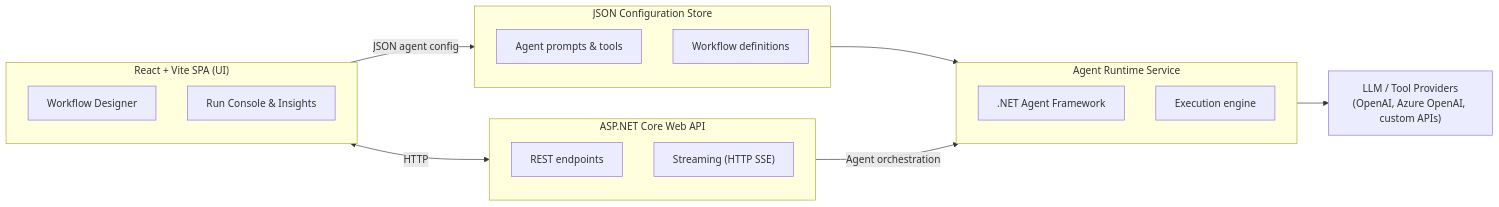
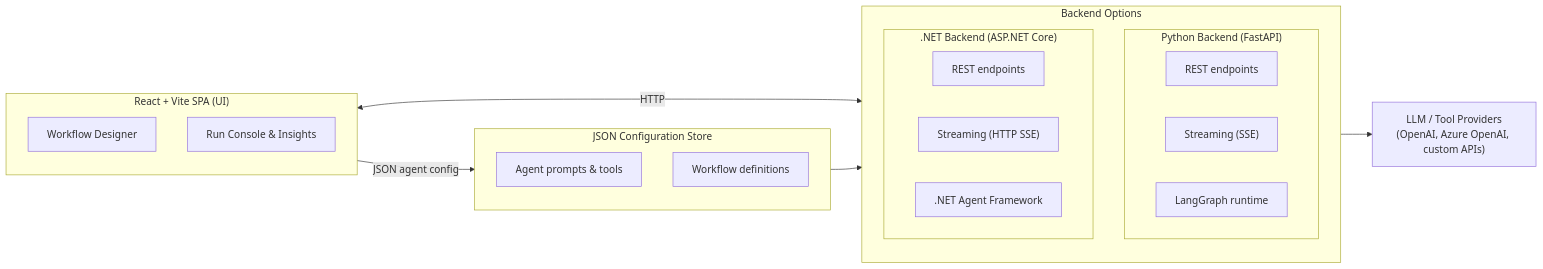
Before and after one commit to ilusoft/magic-agent: the diagram in README.md, drawn with Mermaid. The commit also changed other lines of this file and 1 other file, not shown here.

````diff
--- a/README.md
+++ b/README.md
@@ -7,30 +7,33 @@
 ```mermaid
 flowchart LR
     subgraph Frontend["React + Vite SPA (UI)"]
         A1["Workflow Designer"]
         A2["Run Console & Insights"]
     end
 
-    subgraph Backend["ASP.NET Core Web API"]
-        B1["REST endpoints"]
-        B2["Streaming (HTTP SSE)"]
+    subgraph Backends["Backend Options"]
+        direction TB
+        subgraph Python["Python Backend (FastAPI)"]
+            P1["REST endpoints"]
+            P2["Streaming (SSE)"]
+            P3["LangGraph runtime"]
+        end
+        subgraph DotNet[".NET Backend (ASP.NET Core)"]
+            D1["REST endpoints"]
+            D2["Streaming (HTTP SSE)"]
+            D3[".NET Agent Framework"]
+        end
     end
 
     subgraph Config["JSON Configuration Store"]
         C1["Agent prompts & tools"]
         C2["Workflow definitions"]
     end
 
-    subgraph Runtime["Agent Runtime Service"]
-        R1[".NET Agent Framework"]
-        R2["Execution engine"]
-    end
-
     Providers["LLM / Tool Providers\n(OpenAI, Azure OpenAI, custom APIs)"]
 
-    Frontend <--> |HTTP| Backend
+    Frontend <--> |HTTP| Backends
     Frontend --> |JSON agent config| Config
-    Config --> Runtime
-    Backend --> |Agent orchestration| Runtime
-    Runtime --> Providers
+    Config --> Backends
+    Backends --> Providers
 ```
````
